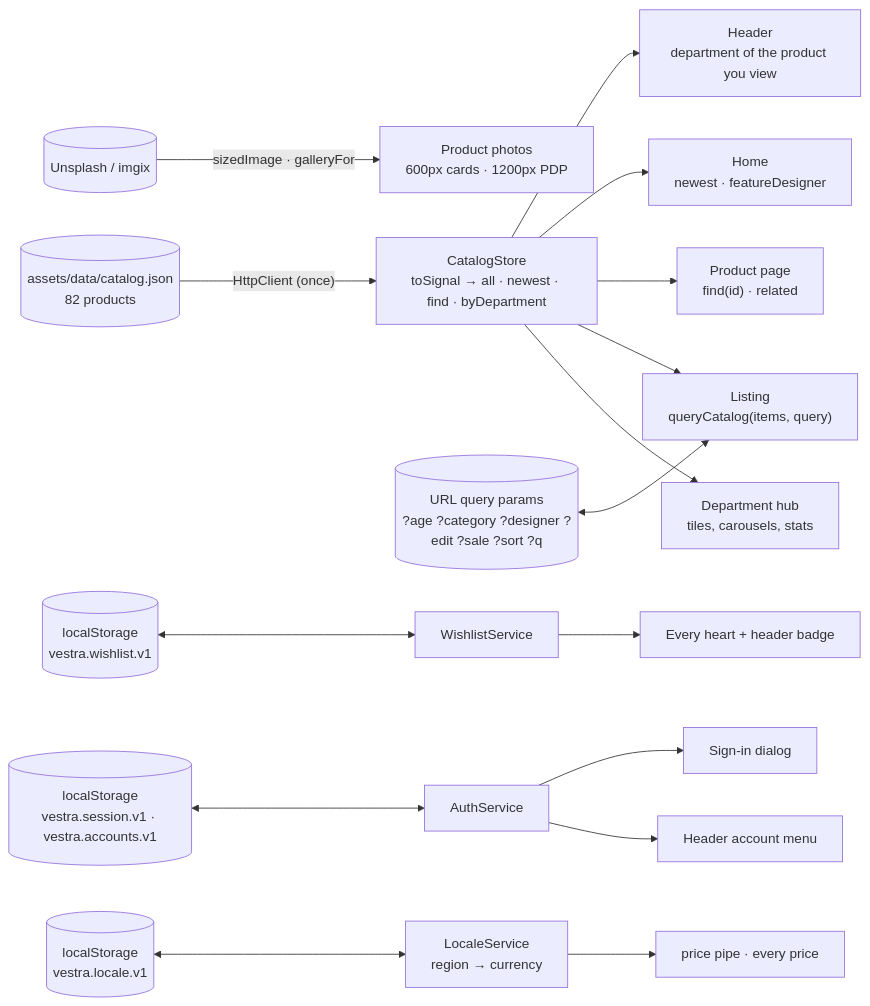
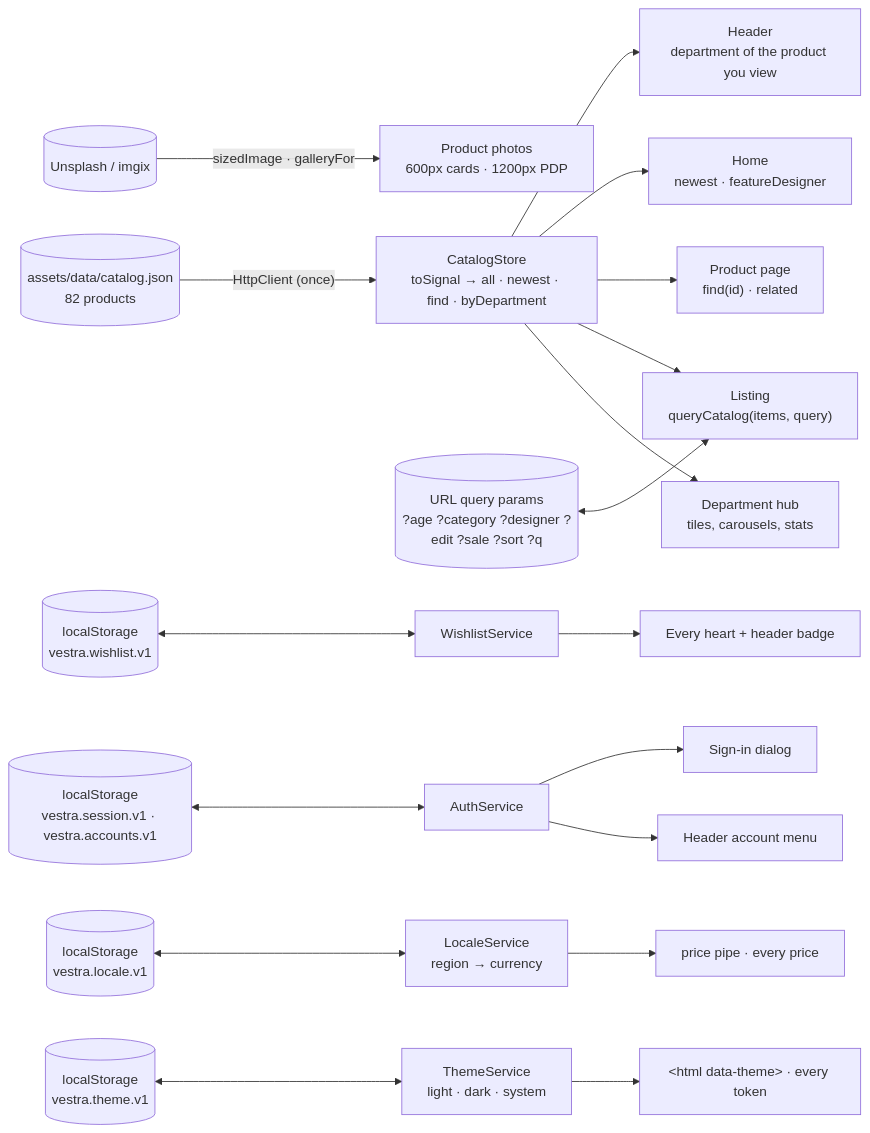
The second of 2 diagrams in README.md (CristianSifuentes/stitchFarfetchStoreOnline), drawn with Mermaid before and after one commit. The commit also changed other lines of this file and 16 other files, not shown here.

First line of the commit message:
feat(theme): dark theme, following the system or the visitor's choice

````diff
--- a/README.md
+++ b/README.md
@@ -255,20 +255,22 @@
 ```mermaid
 flowchart LR
     JSON[("assets/data/catalog.json<br/>82 products")] -->|"HttpClient (once)"| Store["CatalogStore<br/>toSignal → all · newest · find · byDepartment"]
     CDN[("Unsplash / imgix")] -->|"sizedImage · galleryFor"| Img["Product photos<br/>600px cards · 1200px PDP"]
 
     Store --> Hub["Department hub<br/>tiles, carousels, stats"]
     Store --> List["Listing<br/>queryCatalog(items, query)"]
     Store --> PDP["Product page<br/>find(id) · related"]
     Store --> Home["Home<br/>newest · featureDesigner"]
     Store --> Hdr["Header<br/>department of the product you view"]
 
     URL[("URL query params<br/>?age ?category ?designer ?edit ?sale ?sort ?q")] <--> List
     Wish[("localStorage<br/>vestra.wishlist.v1")] <--> WS["WishlistService"]
     WS --> Hearts["Every heart + header badge"]
     Sess[("localStorage<br/>vestra.session.v1 · vestra.accounts.v1")] <--> AS["AuthService"]
     AS --> Hdr2["Header account menu"]
     AS --> Dlg["Sign-in dialog"]
     Loc[("localStorage<br/>vestra.locale.v1")] <--> LS["LocaleService<br/>region → currency"]
     LS --> Prices["price pipe · every price"]
+    Thm[("localStorage<br/>vestra.theme.v1")] <--> TS["ThemeService<br/>light · dark · system"]
+    TS --> Html["&lt;html data-theme&gt; · every token"]
 ```
````
